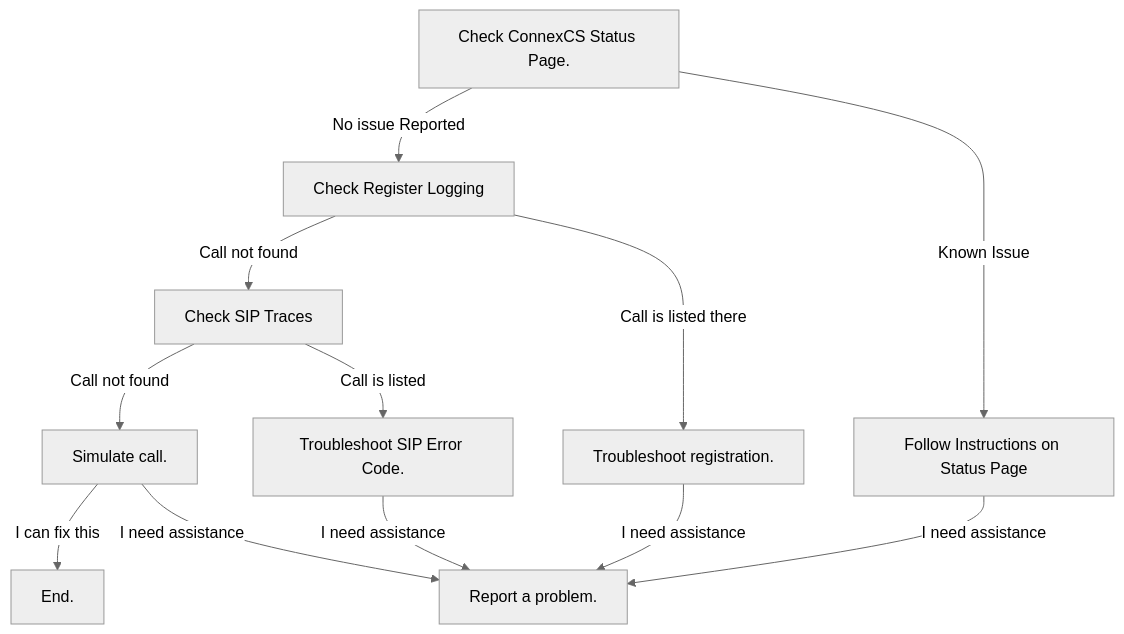
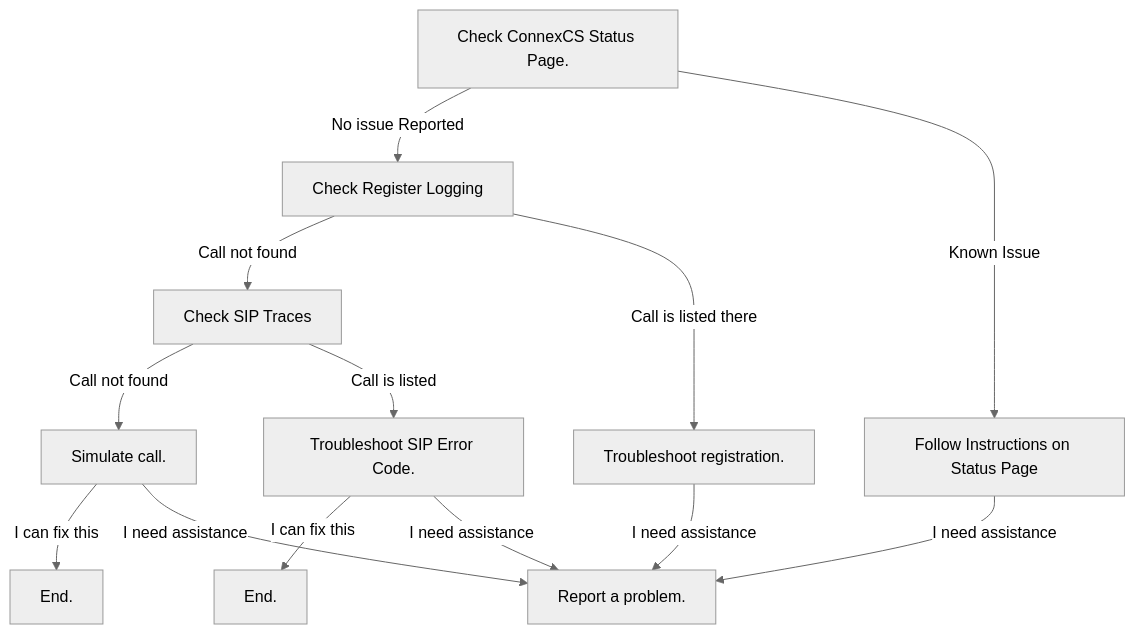
The diagram in docs/guides/tshoot-signal.md (connexcs/docs), drawn with Mermaid (neutral theme) before and after one commit.

Commit message:
Update tshoot-signal.md
updating mermaid

````diff
--- a/docs/guides/tshoot-signal.md
+++ b/docs/guides/tshoot-signal.md
@@ -30,14 +30,15 @@
 ```mermaid
 graph TD
     A[Check ConnexCS Status Page.]-->|No issue Reported| C[Check Register Logging]
     A[Check ConnexCS Status Page.]-->|Known Issue| B[Follow Instructions on Status Page]
     C -->|Call not found| E[Check SIP Traces]    
     C -->|Call is listed there| D[Troubleshoot registration.]
     E -->|Call not found| G[Simulate call.]
     E -->|Call is listed| F[Troubleshoot SIP Error Code.]
     G -->|I can fix this| H[End.]
+    F -->|I can fix this| J[End.]
     G -->|I need assistance| I[Report a problem.]
     B -->|I need assistance| I[Report a problem.]
     D -->|I need assistance| I[Report a problem.]
     F -->|I need assistance| I[Report a problem.]
 ```
````
